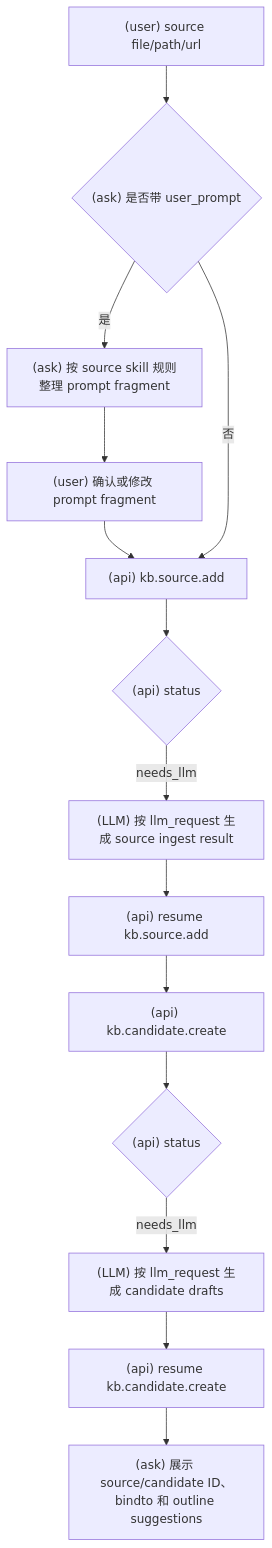
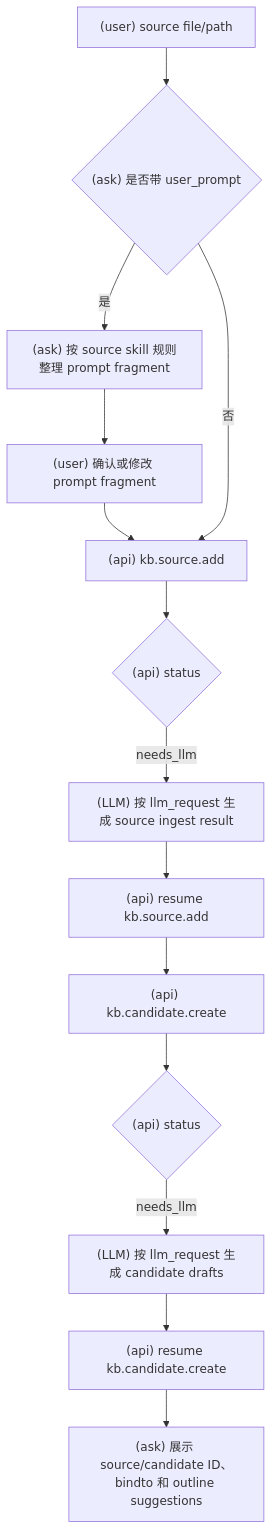
One commit to srangerme/KBManager changed the second of 4 diagrams in docs/SlashCommand流程图.md. Above: the diagram before and after it, drawn with Mermaid. The commit also changed 17 other files, not shown here.

````diff
--- a/docs/SlashCommand流程图.md
+++ b/docs/SlashCommand流程图.md
@@ -52,16 +52,16 @@
 ```mermaid
 flowchart TD
-  A["(user) source file/path/url"] --> B{"(ask) 是否带 user_prompt"}
+  A["(user) source file/path"] --> B{"(ask) 是否带 user_prompt"}
   B -- 是 --> C["(ask) 按 source skill 规则整理 prompt fragment"]
   C --> D["(user) 确认或修改 prompt fragment"]
   D --> E["(api) kb.source.add"]
   B -- 否 --> E
   E --> F{"(api) status"}
   F -- needs_llm --> G["(LLM) 按 llm_request 生成 source ingest result"]
   G --> H["(api) resume kb.source.add"]
   H --> I["(api) kb.candidate.create"]
   I --> J{"(api) status"}
   J -- needs_llm --> K["(LLM) 按 llm_request 生成 candidate drafts"]
   K --> L["(api) resume kb.candidate.create"]
   L --> M["(ask) 展示 source/candidate ID、bindto 和 outline suggestions"]
 ```
````
